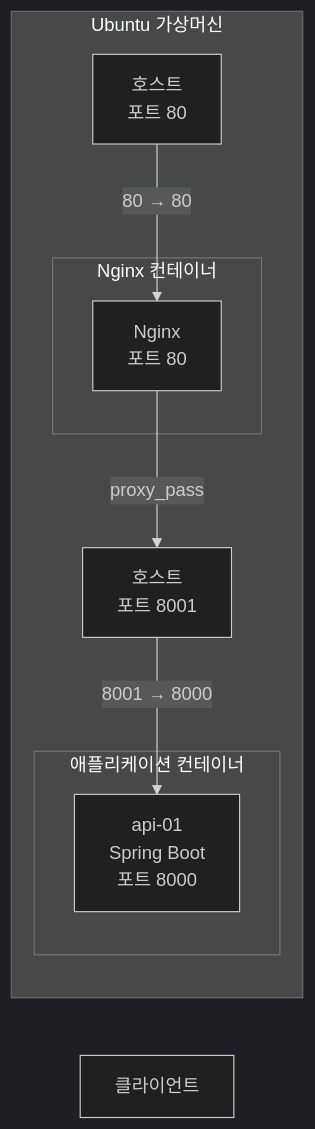
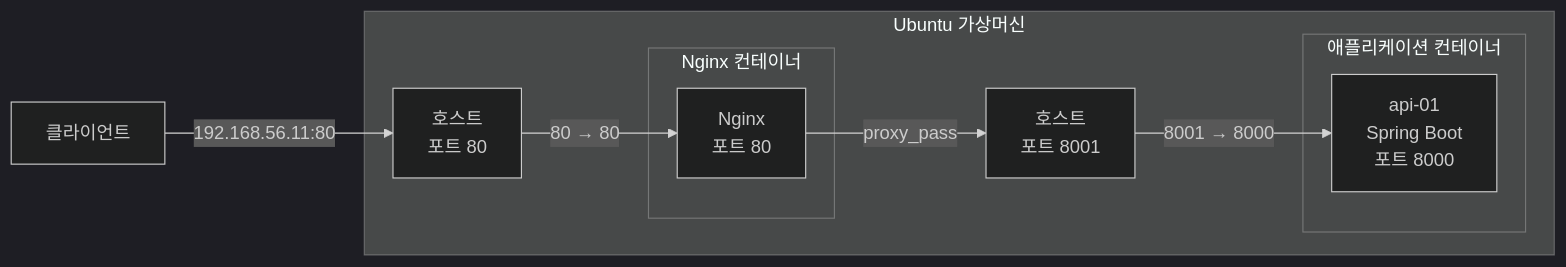
Before and after one commit to sanghoon-lee/sanghoon-lee.github.io: the fourth of 5 diagrams in _posts/2026-06-07-nginx-rp3.md, drawn with Mermaid (dark theme).

Commit message:
ReverseProxy 3편 리라이팅

````diff
--- a/_posts/2026-06-07-nginx-rp3.md
+++ b/_posts/2026-06-07-nginx-rp3.md
@@ -147,24 +147,26 @@
 ```mermaid
 flowchart LR
 
   Client["클라이언트"]
 
   subgraph VM["Ubuntu 가상머신"]
 
     Host80["호스트<br/>포트 80"]
     Host8001["호스트<br/>포트 8001"]
 
     subgraph NginxDocker["Nginx 컨테이너"]
       Nginx["Nginx<br/>포트 80"]
     end
 
     subgraph AppDocker["애플리케이션 컨테이너"]
       App["api-01<br/>Spring Boot<br/>포트 8000"]
     end
 
     Host80 -->|"80 → 80"| Nginx
     Nginx -->|proxy_pass| Host8001
     Host8001 -->|"8001 → 8000"| App
 
   end
+
+  Client -->|"192.168.56.11:80"| Host80
 ```
````
